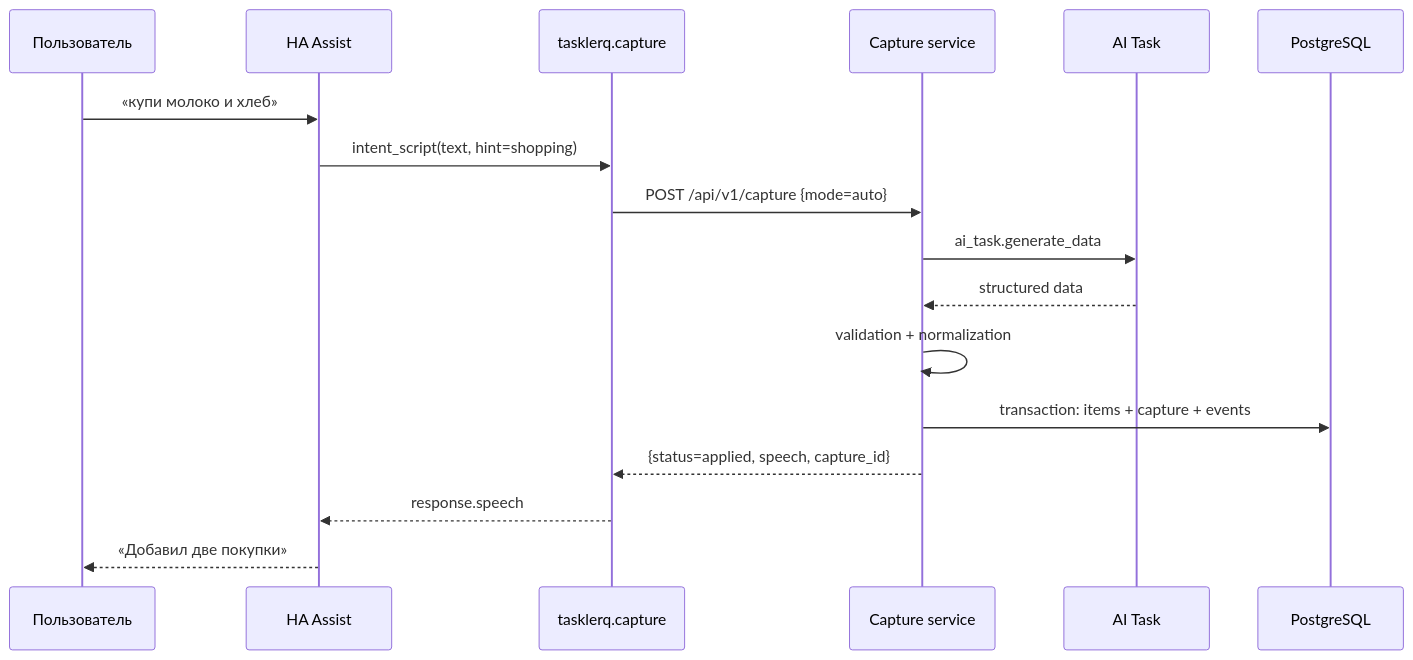
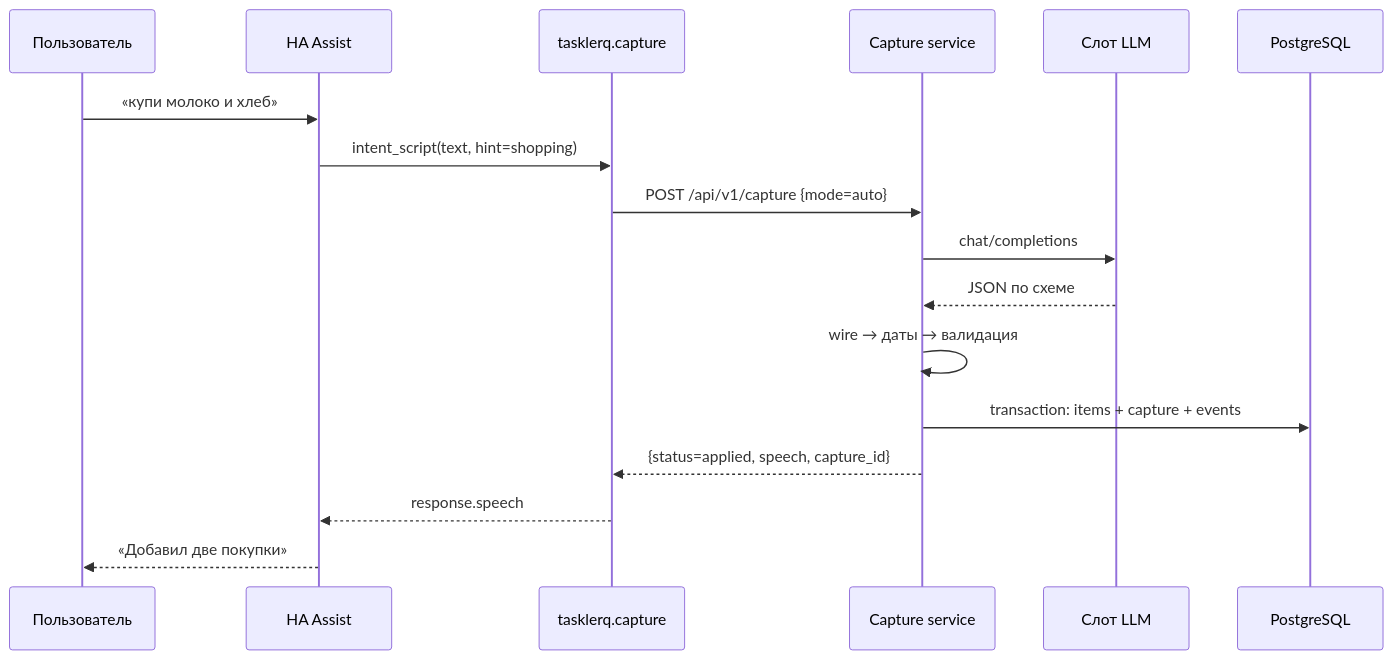
One commit to StellaLupus/tasklerq changed the second of 2 diagrams in docs/llm-capture.md. Above: the diagram before and after it, drawn with Mermaid. The commit also changed other lines of this file and 6 other files, not shown here.

````diff
--- a/docs/llm-capture.md
+++ b/docs/llm-capture.md
@@ -88,20 +114,20 @@
 ```mermaid
 sequenceDiagram
     participant U as Пользователь
     participant A as HA Assist
     participant S as tasklerq.capture
     participant C as Capture service
-    participant HA as AI Task
+    participant L as Слот LLM
     participant DB as PostgreSQL
 
     U->>A: «купи молоко и хлеб»
     A->>S: intent_script(text, hint=shopping)
     S->>C: POST /api/v1/capture {mode=auto}
-    C->>HA: ai_task.generate_data
-    HA-->>C: structured data
-    C->>C: validation + normalization
+    C->>L: chat/completions
+    L-->>C: JSON по схеме
+    C->>C: wire → даты → валидация
     C->>DB: transaction: items + capture + events
     C-->>S: {status=applied, speech, capture_id}
     S-->>A: response.speech
     A-->>U: «Добавил две покупки»
 ```
````
